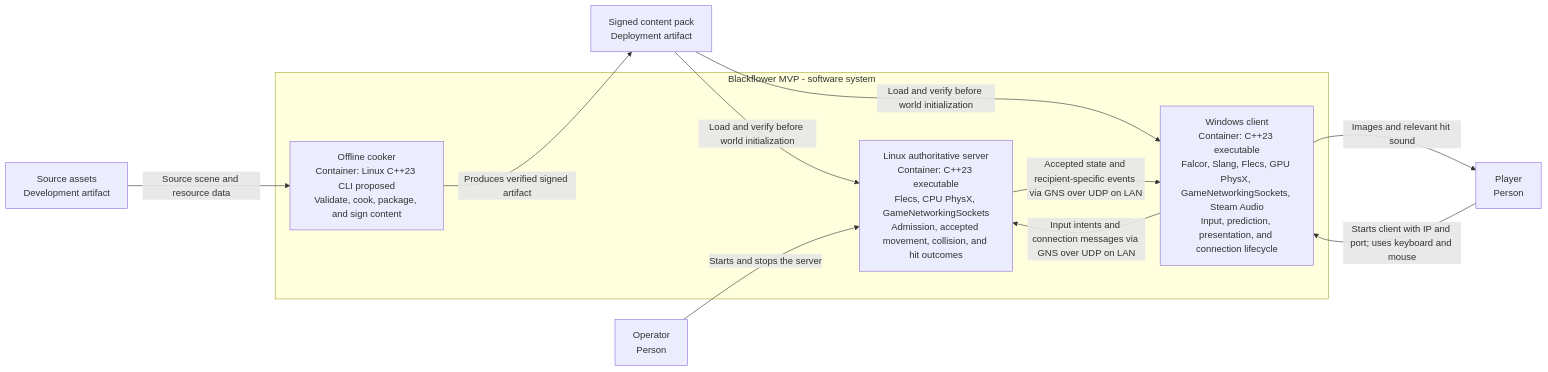
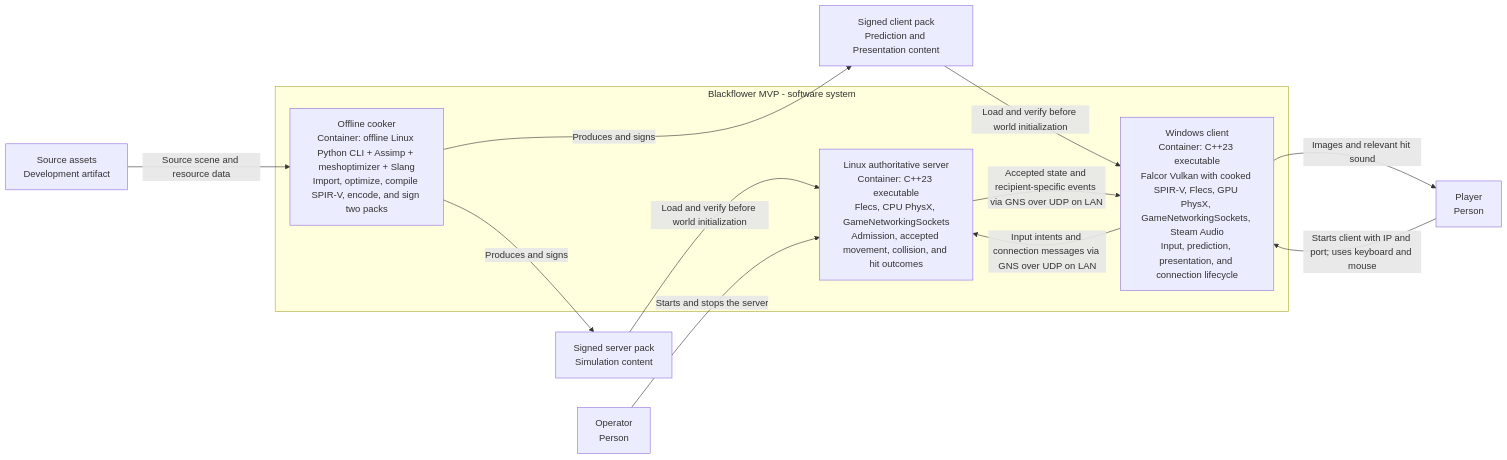
One commit to sergioffpc/blackflower changed the second of 5 diagrams in docs/c4.md. Above: the diagram before and after it, drawn with Mermaid. The commit also changed other lines of this file and 11 other files, not shown here.

First line of the commit message:
docs: define runtime lifecycle and Vulkan scenario packs

````diff
--- a/docs/c4.md
+++ b/docs/c4.md
@@ -27,21 +27,23 @@
 ```mermaid
 flowchart LR
     operator["Operator<br/>Person"]
     player["Player<br/>Person"]
     source["Source assets<br/>Development artifact"]
-    pack["Signed content pack<br/>Deployment artifact"]
+    clientPack["Signed client pack<br/>Prediction and Presentation content"]
+    serverPack["Signed server pack<br/>Simulation content"]
     subgraph blackflower["Blackflower MVP - software system"]
-        cooker["Offline cooker<br/>Container: Linux C++23 CLI proposed<br/>Validate, cook, package, and sign content"]
-        client["Windows client<br/>Container: C++23 executable<br/>Falcor, Slang, Flecs, GPU PhysX, GameNetworkingSockets, Steam Audio<br/>Input, prediction, presentation, and connection lifecycle"]
+        cooker["Offline cooker<br/>Container: offline Linux Python CLI + Assimp + meshoptimizer + Slang<br/>Import, optimize, compile SPIR-V, encode, and sign two packs"]
+        client["Windows client<br/>Container: C++23 executable<br/>Falcor Vulkan with cooked SPIR-V, Flecs, GPU PhysX, GameNetworkingSockets, Steam Audio<br/>Input, prediction, presentation, and connection lifecycle"]
         server["Linux authoritative server<br/>Container: C++23 executable<br/>Flecs, CPU PhysX, GameNetworkingSockets<br/>Admission, accepted movement, collision, and hit outcomes"]
     end
     source -->|Source scene and resource data| cooker
-    cooker -->|Produces verified signed artifact| pack
-    pack -->|Load and verify before world initialization| server
-    pack -->|Load and verify before world initialization| client
+    cooker -->|Produces and signs| serverPack
+    cooker -->|Produces and signs| clientPack
+    serverPack -->|Load and verify before world initialization| server
+    clientPack -->|Load and verify before world initialization| client
     operator -->|Starts and stops the server| server
     player -->|Starts client with IP and port; uses keyboard and mouse| client
     client -->|Input intents and connection messages via GNS over UDP on LAN| server
     server -->|Accepted state and recipient-specific events via GNS over UDP on LAN| client
     client -->|Images and relevant hit sound| player
 ```
````
